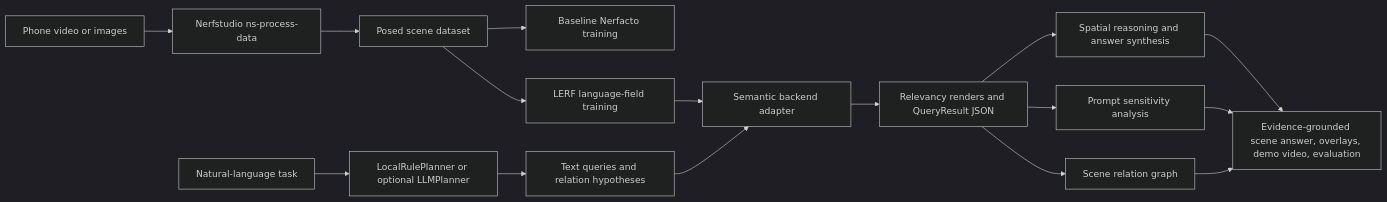
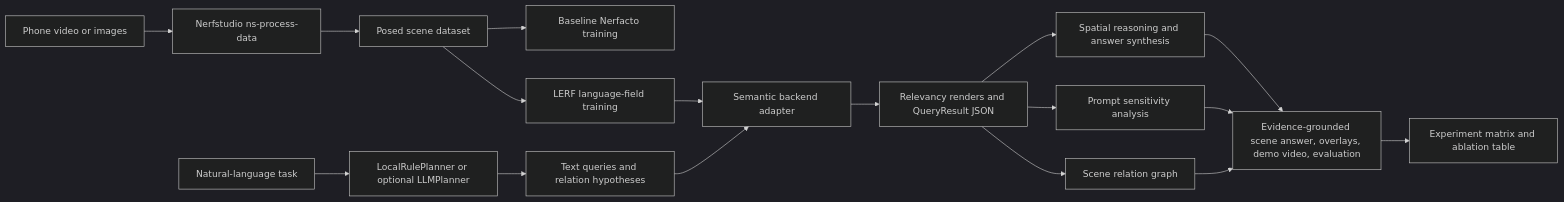
Before and after one commit to woshiluozhi/nerf-llm-scene-inspector: the diagram in README.md, drawn with Mermaid (dark theme). The commit also changed other lines of this file and 15 other files, not shown here.

Commit message:
Add experiment matrix runner

````diff
--- a/README.md
+++ b/README.md
@@ -82,18 +83,19 @@
 ```mermaid
 flowchart LR
   A[Phone video or images] --> B[Nerfstudio ns-process-data]
   B --> C[Posed scene dataset]
   C --> D[Baseline Nerfacto training]
   C --> E[LERF language-field training]
   E --> F[Semantic backend adapter]
   G[Natural-language task] --> H[LocalRulePlanner or optional LLMPlanner]
   H --> I[Text queries and relation hypotheses]
   I --> F
   F --> J[Relevancy renders and QueryResult JSON]
   J --> K[Spatial reasoning and answer synthesis]
   J --> M[Prompt sensitivity analysis]
   J --> N[Scene relation graph]
+  L --> O[Experiment matrix and ablation table]
   K --> L[Evidence-grounded scene answer, overlays, demo video, evaluation]
   M --> L
   N --> L
 ```
````
